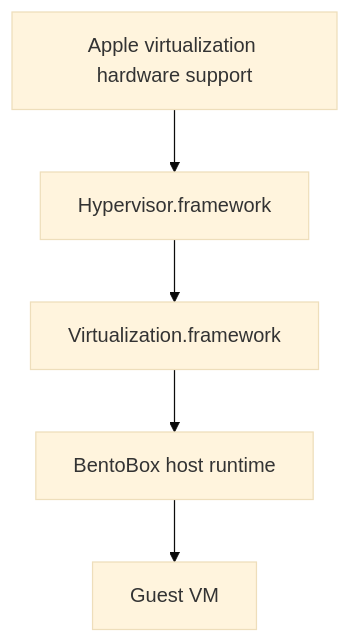
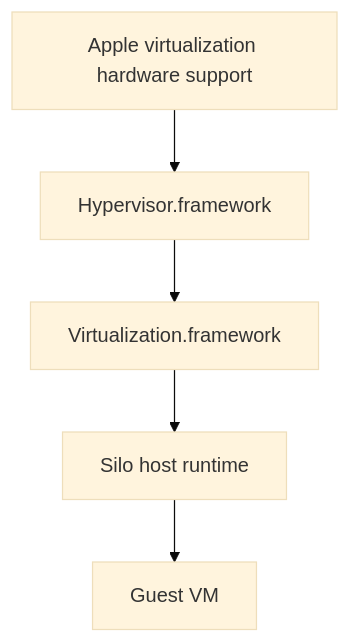
One commit to vandycknick/silo changed the second of 6 diagrams in docs/terminology.md. Above: the diagram before and after it, drawn with Mermaid (base theme). The commit also changed other lines of this file and 141 other files, not shown here.

````diff
--- a/docs/terminology.md
+++ b/docs/terminology.md
@@ -36,10 +36,10 @@
 ```mermaid
 flowchart TD
     AppleHardware[Apple virtualization hardware support]
     HypervisorFramework[Hypervisor.framework]
     VirtualizationFramework[Virtualization.framework]
-    BentoRuntime[BentoBox host runtime]
+    SiloRuntime[Silo host runtime]
     Guest[Guest VM]
 
-    AppleHardware --> HypervisorFramework --> VirtualizationFramework --> BentoRuntime --> Guest
+    AppleHardware --> HypervisorFramework --> VirtualizationFramework --> SiloRuntime --> Guest
 ```
````
